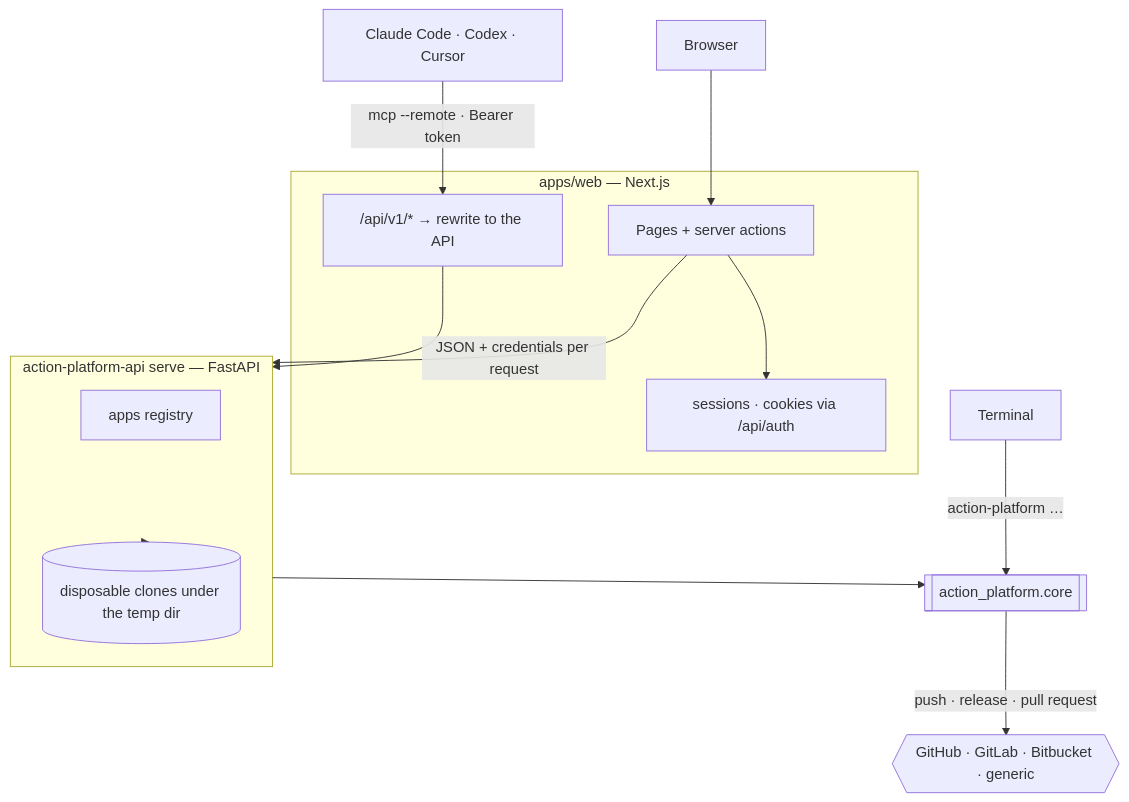
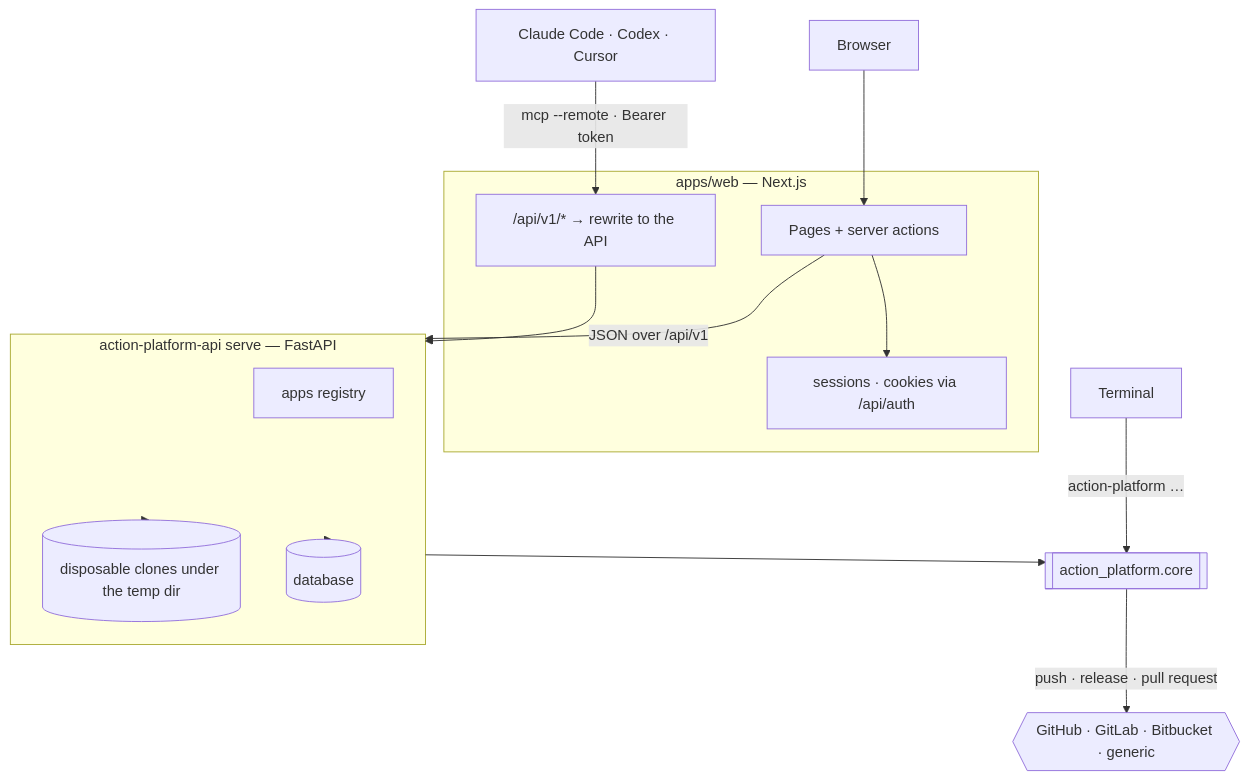
One commit to actionplatform/action-platform changed the first of 5 diagrams in docs/contribute_architecture.md. Above: the diagram before and after it, drawn with Mermaid. The commit also changed other lines of this file and 3 other files, not shown here.

Commit message:
docs: the web app never reaches the database — diagrams and text corrected

````diff
--- a/docs/contribute_architecture.md
+++ b/docs/contribute_architecture.md
@@ -3,30 +3,32 @@
 ```mermaid
 flowchart TB
     browser[Browser]
     agent[Claude Code · Codex · Cursor]
     term[Terminal]
 
     subgraph web["apps/web — Next.js"]
         ui[Pages + server actions]
         auth[sessions · cookies via /api/auth]
         v1["/api/v1/* → rewrite to the API"]
     end
 
     subgraph api["action-platform-api serve — FastAPI"]
         reg[apps registry]
         ws[(disposable clones under the temp dir)]
+        db[(database)]
     end
 
     core[[action_platform.core]]
     hosts{{GitHub · GitLab · Bitbucket · generic}}
 
     browser --> ui
     ui --> auth
-    ui -->|"JSON + credentials per request"| api
+    ui -->|"JSON over /api/v1"| api
     agent -->|"mcp --remote · Bearer token"| v1
     v1 --> api
     term -->|"action-platform …"| core
     api --> core
     api --> ws
+    api --> db
     core -->|"push · release · pull request"| hosts
 ```
````
